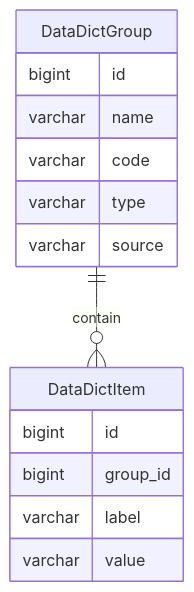
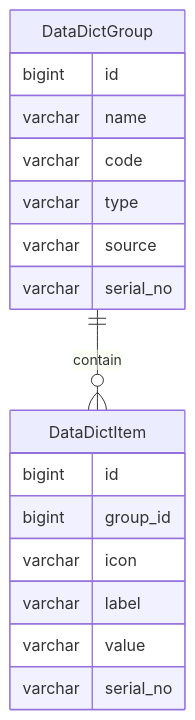
Before and after one commit to mrzhqiang/rowing: the diagram in docs/project/1.data-dict.md, drawn with Mermaid. The commit also changed other lines of this file, not shown here.

````diff
--- a/docs/project/1.data-dict.md
+++ b/docs/project/1.data-dict.md
@@ -12,17 +20,20 @@
 ```mermaid
 erDiagram
     DataDictGroup ||--o{ DataDictItem : contain
     DataDictGroup {
         bigint id
         varchar name
         varchar code
         varchar type
         varchar source
+        varchar serial_no
     }
     DataDictItem {
         bigint id
         bigint group_id
+        varchar icon
         varchar label
         varchar value
+        varchar serial_no
     }
 ```
````
